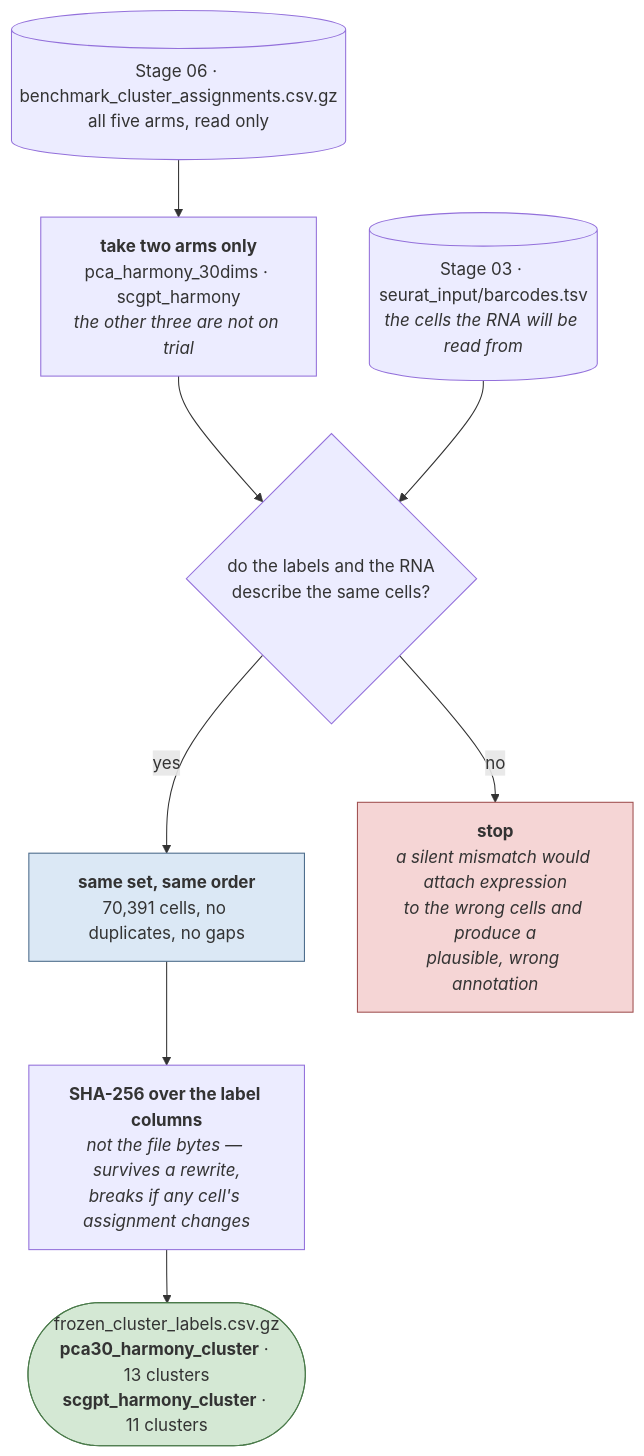
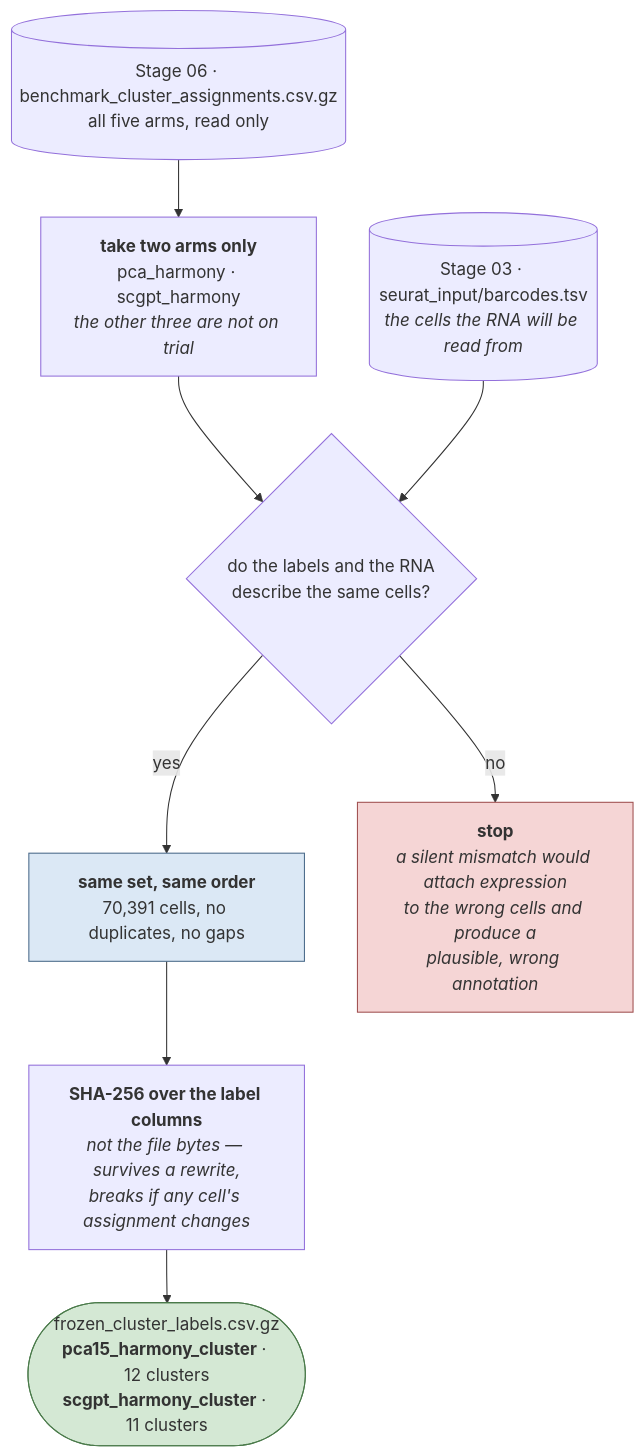
The eighth of 11 diagrams in 01_PROJECT_OVERVIEW/ANALYSIS_WALKTHROUGH.md (sivatej800-oss/T-cell-representations), drawn with Mermaid before and after one commit. The commit also changed other lines of this file and 95 other files, not shown here.

````diff
--- a/01_PROJECT_OVERVIEW/ANALYSIS_WALKTHROUGH.md
+++ b/01_PROJECT_OVERVIEW/ANALYSIS_WALKTHROUGH.md
@@ -559,23 +580,23 @@
 ```mermaid
 flowchart TD
     A[("Stage 06 · benchmark_cluster_assignments.csv.gz<br/>all five arms, read only")]
     B[("Stage 03 · seurat_input/barcodes.tsv<br/><i>the cells the RNA will be read from</i>")]
 
-    C["<b>take two arms only</b><br/>pca_harmony_30dims · scgpt_harmony<br/><i>the other three are not on trial</i>"]
+    C["<b>take two arms only</b><br/>pca_harmony · scgpt_harmony<br/><i>the other three are not on trial</i>"]
 
     D{"do the labels and the RNA<br/>describe the same cells?"}
     E["<b>same set, same order</b><br/>70,391 cells, no duplicates, no gaps"]
     F["<b>stop</b><br/><i>a silent mismatch would attach expression<br/>to the wrong cells and produce a<br/>plausible, wrong annotation</i>"]
 
     G["<b>SHA-256 over the label columns</b><br/><i>not the file bytes — survives a rewrite,<br/>breaks if any cell's assignment changes</i>"]
-    H(["frozen_cluster_labels.csv.gz<br/><b>pca30_harmony_cluster</b> · 13 clusters<br/><b>scgpt_harmony_cluster</b> · 11 clusters"])
+    H(["frozen_cluster_labels.csv.gz<br/><b>pca15_harmony_cluster</b> · 12 clusters<br/><b>scgpt_harmony_cluster</b> · 11 clusters"])
 
     A --> C --> D
     B --> D
     D -->|yes| E --> G --> H
     D -->|no| F
 
     style E fill:#dbe8f5,stroke:#4a6a8a
     style F fill:#f5d5d5,stroke:#a05050
     style H fill:#d4e8d4,stroke:#4a7a4a
 ```
````
